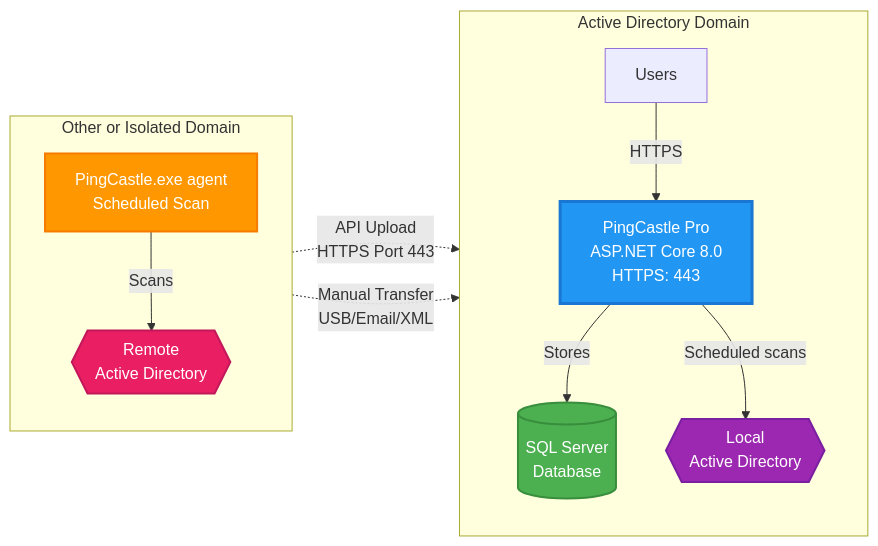
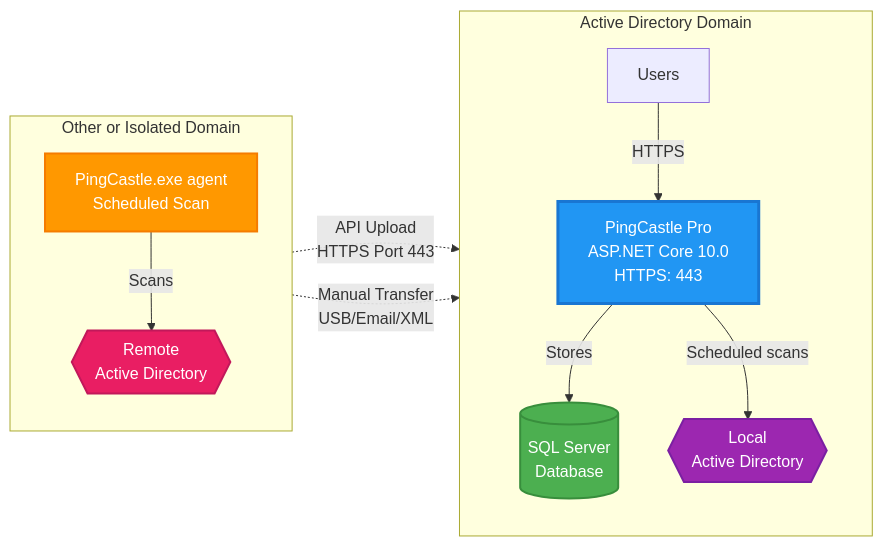
Before and after one commit to netwrix/docs: the diagram in docs/pingcastlepro/4.1/getting-started/architecture.md, drawn with Mermaid. The commit also changed other lines of this file and 5 other files, not shown here.

First line of the commit message:
Update PingCastle Pro 4.1 docs for .NET 10 requirement

````diff
--- a/docs/pingcastlepro/4.1/getting-started/architecture.md
+++ b/docs/pingcastlepro/4.1/getting-started/architecture.md
@@ -14,30 +14,30 @@
 ```mermaid
 graph LR
     subgraph Core["Active Directory Domain"]
         direction TB
-        Pro["PingCastle Pro<br/>ASP.NET Core 8.0<br/>HTTPS: 443"]
+        Pro["PingCastle Pro<br/>ASP.NET Core 10.0<br/>HTTPS: 443"]
         DB[("SQL Server<br/>Database")]
         LocalAD{{"Local<br/>Active Directory"}}
 
         Users["Users"] -->|HTTPS| Pro
         Pro -->|Stores| DB
         Pro -->|Scheduled scans| LocalAD
     end
 
     subgraph Remote["Other or Isolated Domain"]
         direction TB
         RemoteAD{{"Remote<br/>Active Directory"}}
         Agent["PingCastle.exe agent<br/>Scheduled Scan"]
 
         Agent -->|Scans| RemoteAD
     end
 
     Agent -.->|API Upload<br/>HTTPS Port 443| Pro
     Agent -.->|Manual Transfer<br/>USB/Email/XML| Pro
 
     style Pro fill:#2196F3,color:#fff,stroke:#1976D2,stroke-width:3px
     style DB fill:#4CAF50,color:#fff,stroke:#388E3C,stroke-width:2px
     style Agent fill:#FF9800,color:#fff,stroke:#F57C00,stroke-width:2px
     style LocalAD fill:#9C27B0,color:#fff,stroke:#7B1FA2,stroke-width:2px
     style RemoteAD fill:#E91E63,color:#fff,stroke:#C2185B,stroke-width:2px
 ```
````
